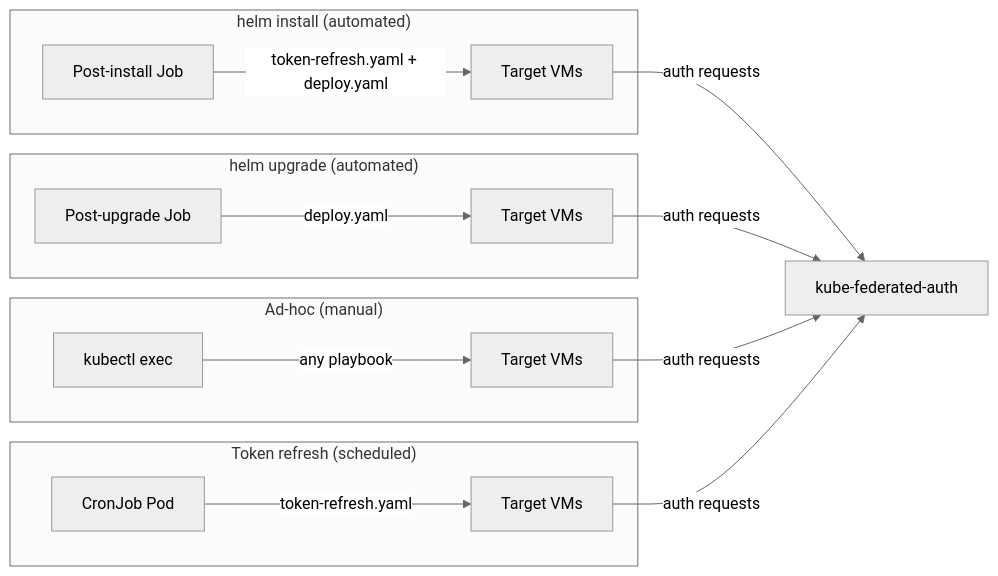
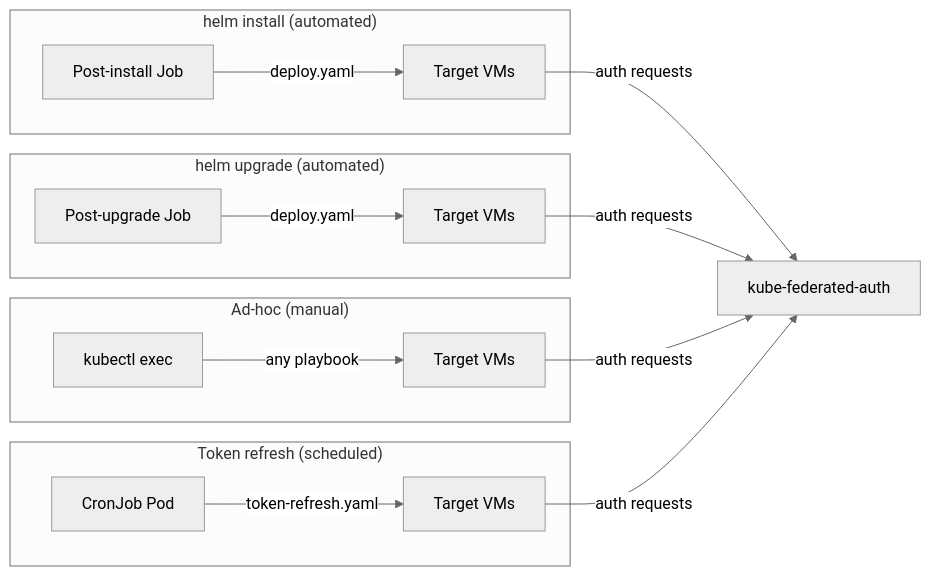
The diagram in docs/deployment.md (null-ptr-exception/av-scanner), drawn with Mermaid (neutral theme) before and after one commit. The commit also changed other lines of this file, not shown here.

````diff
--- a/docs/deployment.md
+++ b/docs/deployment.md
@@ -11,16 +11,16 @@
 ```mermaid
 flowchart LR
     subgraph "helm install (automated)"
-        Hook["Post-install Job"] -->|token-refresh.yaml + deploy.yaml| VMs1["Target VMs"]
+        Hook["Post-install Job"] -->|deploy.yaml| VMs1["Target VMs"]
     end
     subgraph "helm upgrade (automated)"
         UpHook["Post-upgrade Job"] -->|deploy.yaml| VMs2["Target VMs"]
     end
     subgraph "Ad-hoc (manual)"
         Controller["kubectl exec"] -->|any playbook| VMs3["Target VMs"]
     end
     subgraph "Token refresh (scheduled)"
         CronJob["CronJob Pod"] -->|token-refresh.yaml| VMs4["Target VMs"]
     end
     VMs1 & VMs2 & VMs3 & VMs4 -->|auth requests| KFA["kube-federated-auth"]
 ```
````
